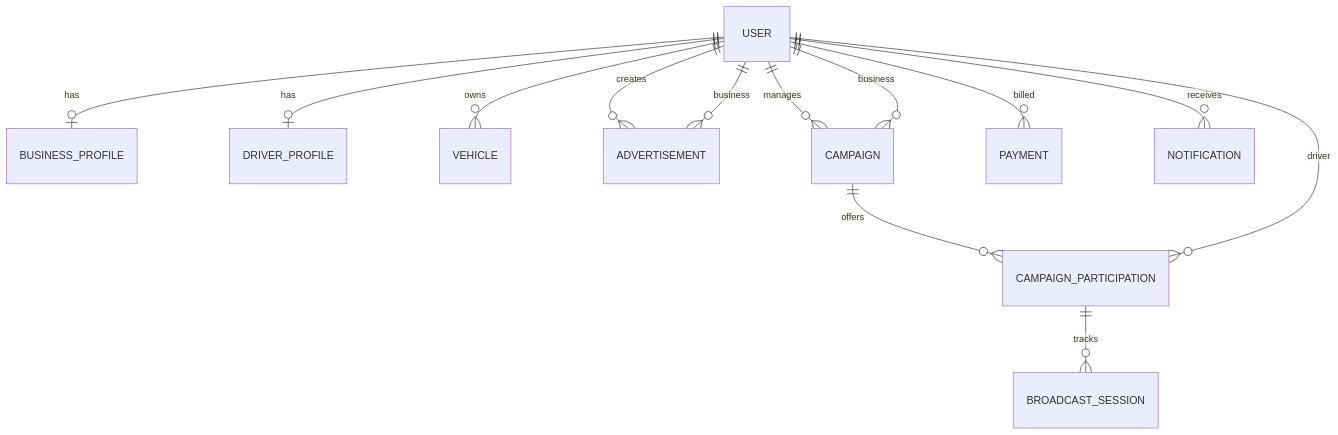
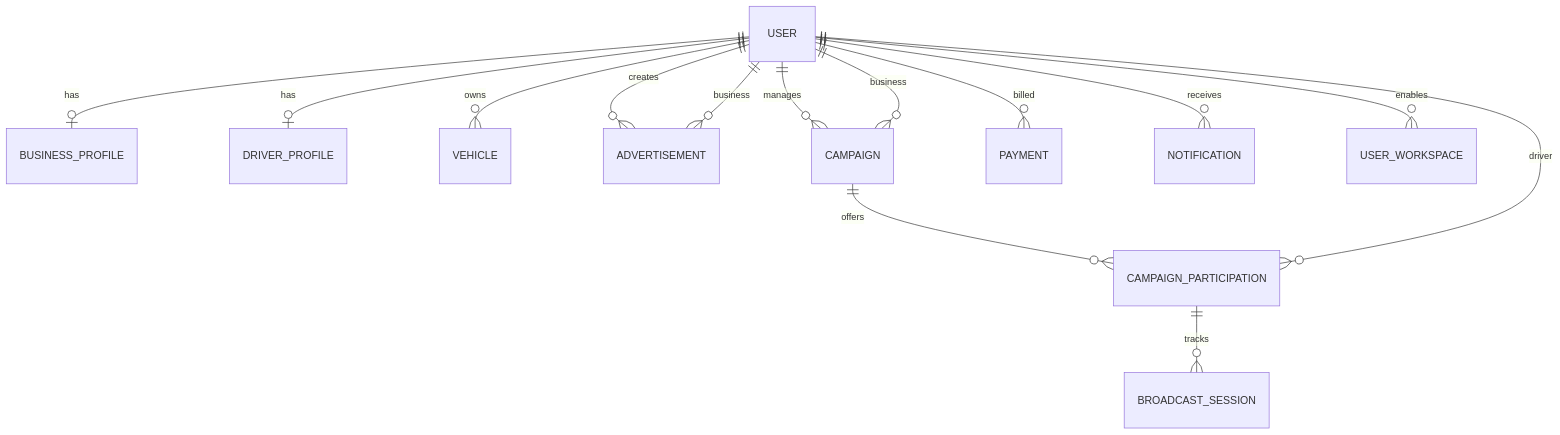
One commit to saurabbastola/Fleetcast_website changed the second of 2 diagrams in ARCHITECTURE_OVERVIEW.md. Above: the diagram before and after it, drawn with Mermaid. The commit also changed other lines of this file and 18 other files, not shown here.

````diff
--- a/ARCHITECTURE_OVERVIEW.md
+++ b/ARCHITECTURE_OVERVIEW.md
@@ -93,15 +93,16 @@
 ```mermaid
 erDiagram
     USER ||--o| BUSINESS_PROFILE : has
     USER ||--o| DRIVER_PROFILE : has
     USER ||--o{ VEHICLE : owns
     USER ||--o{ ADVERTISEMENT : creates
     USER ||--o{ CAMPAIGN : manages
     USER ||--o{ PAYMENT : billed
     USER ||--o{ NOTIFICATION : receives
     CAMPAIGN }o--|| USER : business
     ADVERTISEMENT }o--|| USER : business
     CAMPAIGN ||--o{ CAMPAIGN_PARTICIPATION : offers
     USER ||--o{ CAMPAIGN_PARTICIPATION : driver
     CAMPAIGN_PARTICIPATION ||--o{ BROADCAST_SESSION : tracks
+    USER ||--o{ USER_WORKSPACE : enables
 ```
````
